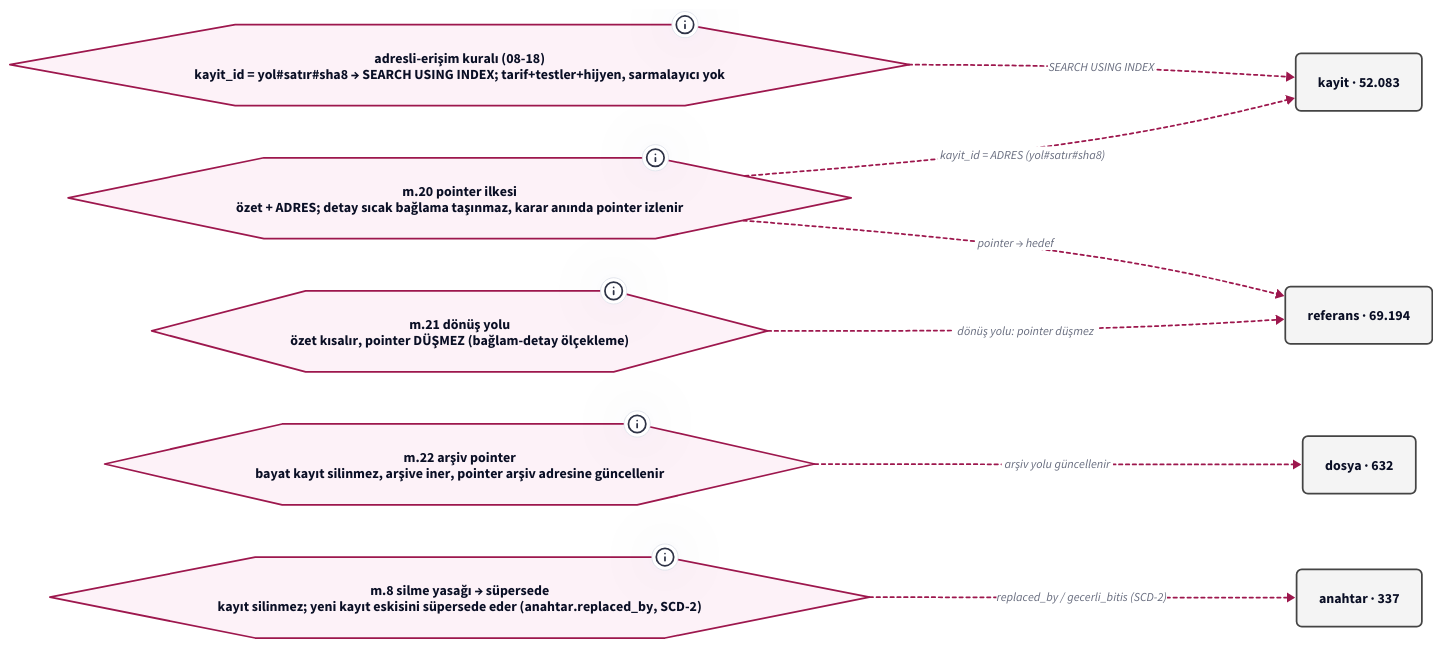
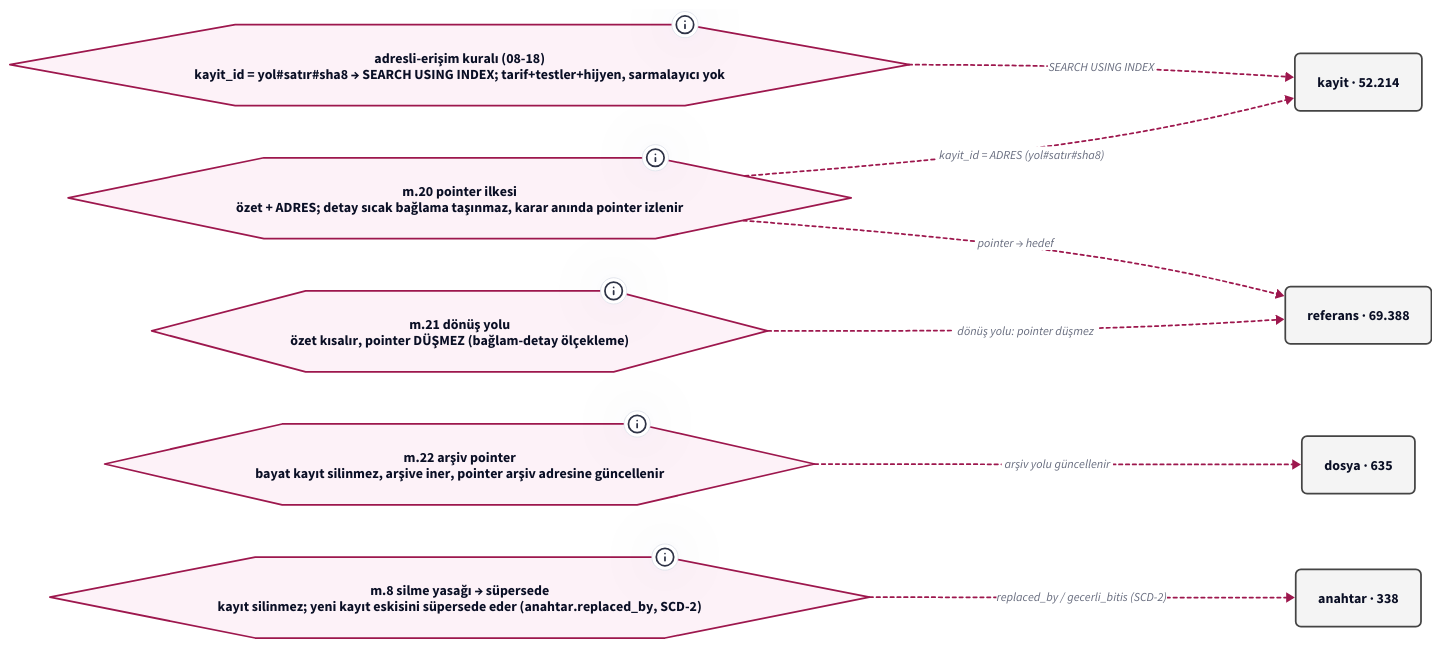
One commit to salihsahinin/sistem changed the diagram in graf/pointer-sistemi-v0-ilke.d2. Above: the diagram before and after it, drawn with D2. The commit also changed 44 other files, not shown here.

Commit message:
[icra] Session-19 opening pipeline run: katman-hatti refreshed silver + gold derivatives to HEAD (hook flagged SILVER STALE at open), all 15 steps green

```diff
--- a/graf/pointer-sistemi-v0-ilke.d2
+++ b/graf/pointer-sistemi-v0-ilke.d2
@@ -1,33 +1,33 @@
 # Jarvis POINTER SİSTEMİ — POINTER İLKESİ → MEKANİZMA (pano 3/4) (türetilmiş görünüm; ham kaynak silver/bronz)
-# üretici: tools/pointer-graf.py · silver 6f617f9 · HEAD 6f617f9 · d2 v0.8.1-HEAD · render: d2 --layout=elk (ELK bundled; TALA girmez; determinizm yerel sha256 ile ölçülür — Karar 65)
+# üretici: tools/pointer-graf.py · silver 4745df9 · HEAD 4745df9 · d2 v0.8.1-HEAD · render: d2 --layout=elk (ELK bundled; TALA girmez; determinizm yerel sha256 ile ölçülür — Karar 65)
 # içerik katmanı: düğüm/kenar = silver'dan script türetimi (LLM yazmaz); ilke/kronoloji = kanon SABİTİ (pointer'lı, script içinde); yorum katmanı = bu # satırları
 direction: right
 classes: {
   kutu: { style: { fill: "#F4F4F4"; stroke: "#444444"; font-size: 16; border-radius: 6 } }
   pointer: { style: { fill: "#E8F0FE"; stroke: "#1A56DB"; border-radius: 6 } }
   anahtar: { style: { fill: "#FFF4E5"; stroke: "#B45309"; border-radius: 6 } }
   hat: { style: { fill: "#ECFDF5"; stroke: "#047857"; bold: true; border-radius: 6 } }
   ilke: { shape: hexagon; style: { fill: "#FDF2F8"; stroke: "#9D174D" } }
   kron: { shape: page; style: { fill: "#FFFFFF"; stroke: "#6B7280" } }
   dis: { shape: cloud; style: { fill: "#FAFAFA"; stroke: "#9CA3AF" } }
   kirik: { style: { stroke: "#DC2626"; stroke-dash: 3; font-size: 14 } }
   supersede: { style: { stroke: "#B45309"; stroke-dash: 5 } }
   fk: { style: { stroke: "#444444"; font-size: 14 } }
   turetir: { style: { stroke: "#047857"; stroke-width: 3 } }
   uygular: { style: { stroke: "#9D174D"; stroke-dash: 2; font-size: 14 } }
 }
 adres: "adresli-erişim kuralı (08-18)\nkayit_id = yol#satır#sha8 → SEARCH USING INDEX; tarif+testler+hijyen, sarmalayıcı yok" { class: ilke; tooltip: "KILAVUZ.md tasarım-ilkeleri · kuyruk/senaryo-defteri.md Karar 62" }
 m20: "m.20 pointer ilkesi\nözet + ADRES; detay sıcak bağlama taşınmaz, karar anında pointer izlenir" { class: ilke; tooltip: "core/tuzuk-v0.md m.20 · wiki/pointer-sistemi.md" }
 m21: "m.21 dönüş yolu\nözet kısalır, pointer DÜŞMEZ (bağlam-detay ölçekleme)" { class: ilke; tooltip: "core/tuzuk-v0.md m.21" }
 m22: "m.22 arşiv pointer\nbayat kayıt silinmez, arşive iner, pointer arşiv adresine güncellenir" { class: ilke; tooltip: "core/tuzuk-v0.md m.22" }
 m8: "m.8 silme yasağı → süpersede\nkayıt silinmez; yeni kayıt eskisini süpersede eder (anahtar.replaced_by, SCD-2)" { class: ilke; tooltip: "core/tuzuk-v0.md m.8 · core/baglam-anahtar-kaydi.md §3" }
-kayit: "kayit · 52.083" { class: kutu }
-referans: "referans · 69.194" { class: kutu }
-dosya: "dosya · 632" { class: kutu }
-anahtar: "anahtar · 337" { class: kutu }
+kayit: "kayit · 52.214" { class: kutu }
+referans: "referans · 69.388" { class: kutu }
+dosya: "dosya · 635" { class: kutu }
+anahtar: "anahtar · 338" { class: kutu }
 adres -> kayit: "SEARCH USING INDEX" { class: uygular }
 m20 -> kayit: "kayit_id = ADRES (yol#satır#sha8)" { class: uygular }
 m20 -> referans: "pointer → hedef" { class: uygular }
 m21 -> referans: "dönüş yolu: pointer düşmez" { class: uygular }
 m22 -> dosya: "arşiv yolu güncellenir" { class: uygular }
 m8 -> anahtar: "replaced_by / gecerli_bitis (SCD-2)" { class: uygular }
```
